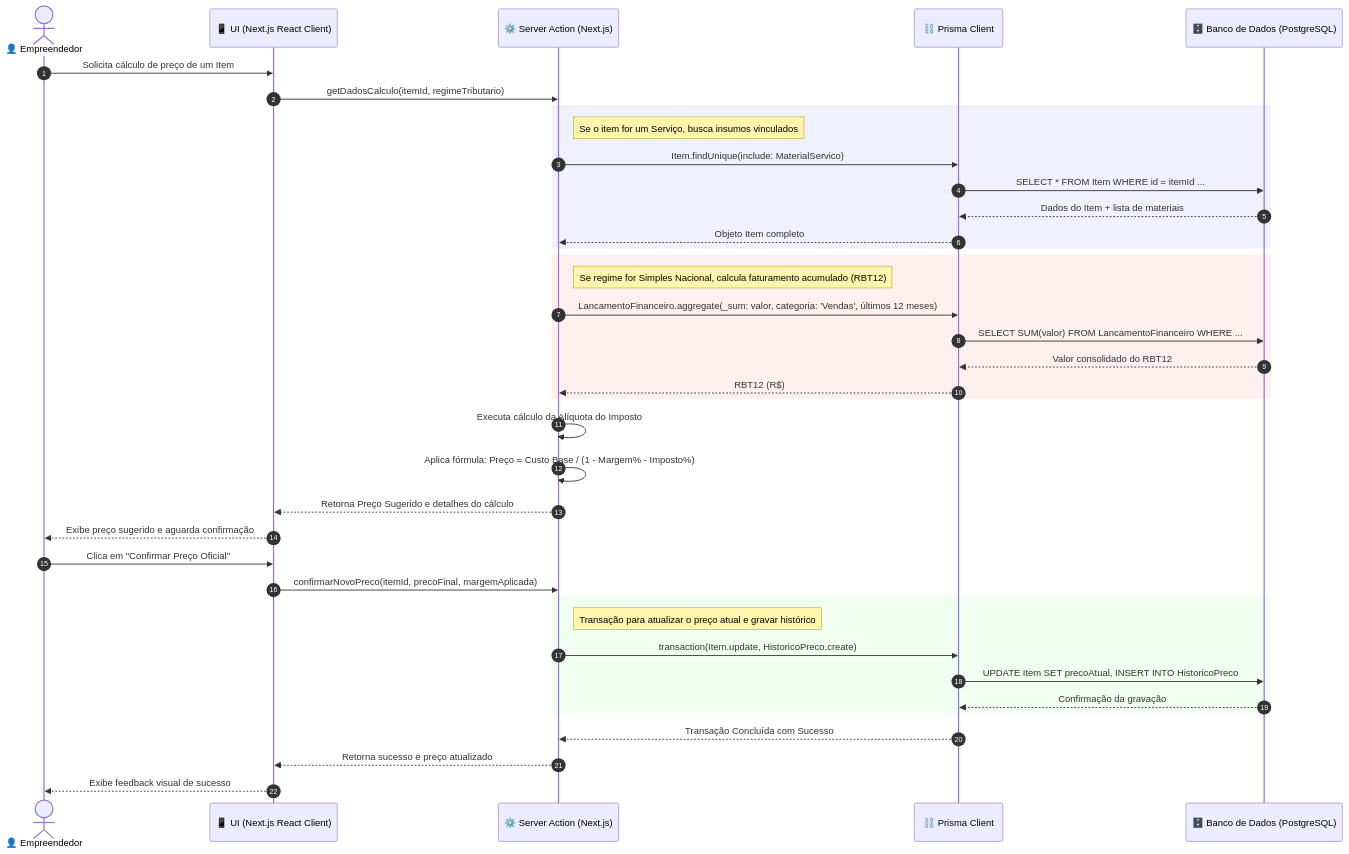
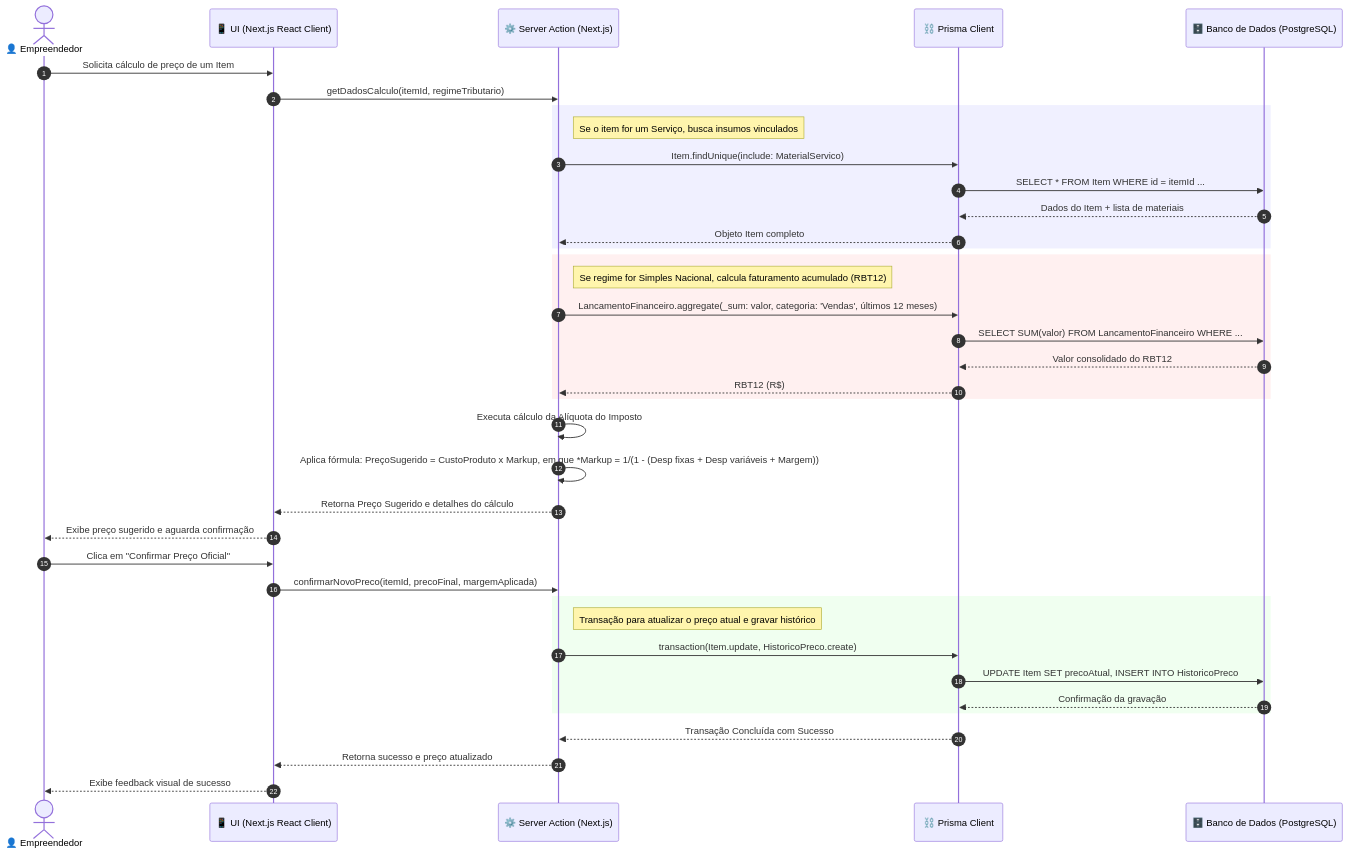
Before and after one commit to VitorHashimoto21/projeto_HE_modelagem_de_sistemas: the first of 3 diagrams in docs/dominio_fluxogramas/DIAGRAMAS_COMPORTAMENTAIS.md, drawn with Mermaid. The commit also changed other lines of this file, not shown here.

Commit message:
Update calculation formula in behavioral diagrams

````diff
--- a/docs/dominio_fluxogramas/DIAGRAMAS_COMPORTAMENTAIS.md
+++ b/docs/dominio_fluxogramas/DIAGRAMAS_COMPORTAMENTAIS.md
@@ -5,47 +5,47 @@
 ```mermaid
 sequenceDiagram
     autonumber
     actor Empreendedor as 👤 Empreendedor
     participant UI as 📱 UI (Next.js React Client)
     participant Action as ⚙️ Server Action (Next.js)
     participant ORM as ⛓️ Prisma Client
     participant DB as 🗄️ Banco de Dados (PostgreSQL)
 
     Empreendedor->>UI: Solicita cálculo de preço de um Item
     UI->>Action: getDadosCalculo(itemId, regimeTributario)
     
     rect rgb(240, 240, 255)
         note right of Action: Se o item for um Serviço, busca insumos vinculados
         Action->>ORM: Item.findUnique(include: MaterialServico)
         ORM->>DB: SELECT * FROM Item WHERE id = itemId ...
         DB-->>ORM: Dados do Item + lista de materiais
         ORM-->>Action: Objeto Item completo
     end
 
     rect rgb(255, 240, 240)
         note right of Action: Se regime for Simples Nacional, calcula faturamento acumulado (RBT12)
         Action->>ORM: LancamentoFinanceiro.aggregate(_sum: valor, categoria: 'Vendas', últimos 12 meses)
         ORM->>DB: SELECT SUM(valor) FROM LancamentoFinanceiro WHERE ...
         DB-->>ORM: Valor consolidado do RBT12
         ORM-->>Action: RBT12 (R$)
     end
 
     Action->>Action: Executa cálculo da Alíquota do Imposto
-    Action->>Action: Aplica fórmula: Preço = Custo Base / (1 - Margem% - Imposto%)
+    Action->>Action: Aplica fórmula: PreçoSugerido = CustoProduto x Markup, em que *Markup = 1/(1 - (Desp fixas + Desp variáveis + Margem))
     Action-->>UI: Retorna Preço Sugerido e detalhes do cálculo
     UI-->>Empreendedor: Exibe preço sugerido e aguarda confirmação
 
     Empreendedor->>UI: Clica em "Confirmar Preço Oficial"
     UI->>Action: confirmarNovoPreco(itemId, precoFinal, margemAplicada)
     
     rect rgb(240, 255, 240)
         note right of Action: Transação para atualizar o preço atual e gravar histórico
         Action->>ORM: transaction(Item.update, HistoricoPreco.create)
         ORM->>DB: UPDATE Item SET precoAtual, INSERT INTO HistoricoPreco
         DB-->>ORM: Confirmação da gravação
     end
     
     ORM-->>Action: Transação Concluída com Sucesso
     Action-->>UI: Retorna sucesso e preço atualizado
     UI-->>Empreendedor: Exibe feedback visual de sucesso
 ```
````
